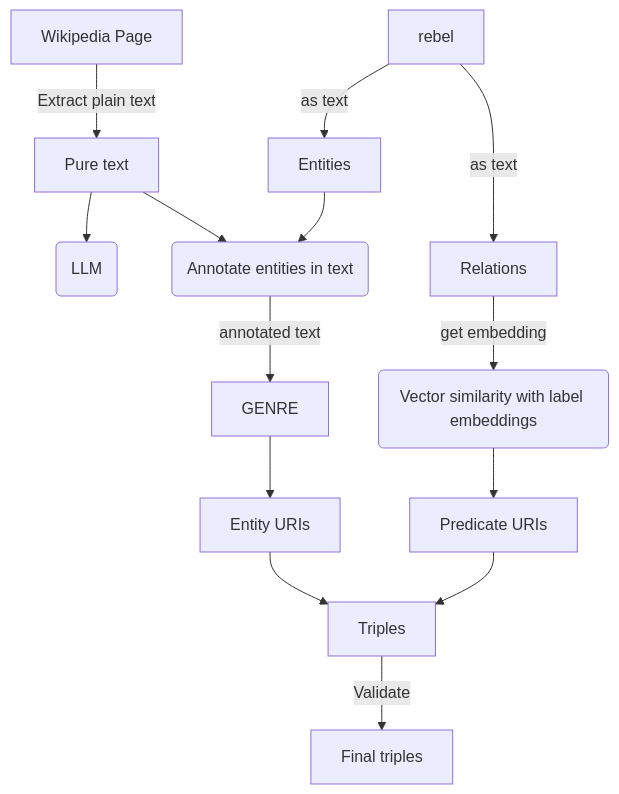
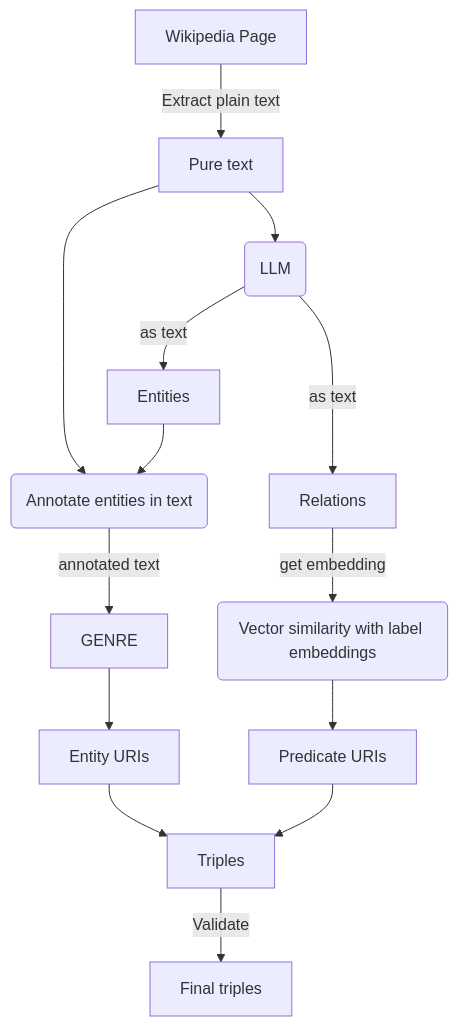
Before and after one commit to smilingprogrammer/GSoC-2024-blog: the diagram in index.md, drawn with Mermaid.

````diff
--- a/index.md
+++ b/index.md
@@ -30,25 +30,25 @@
 ```mermaid
 graph TD
     wiki_page[Wikipedia Page] --Extract plain text--> pure_text[Pure text]
 
     pure_text-->llm(LLM)
-    rebel--as text-->entities[Entities]
-    rebel--as text-->relations[Relations]
+    llm--as text-->entities[Entities]
+    llm--as text-->relations[Relations]
     
     relations--get embedding-->vector_similarity(Vector similarity with label embeddings);
     vector_similarity-->predicate_uris[Predicate URIs]
 
     pure_text-->annotation_for_genre(Annotate entities in text)
 
     entities-->annotation_for_genre
 
     annotation_for_genre--annotated text-->genre[GENRE]
 
     genre-->entity_uris[Entity URIs]
     
     entity_uris-->triples[Triples]
     predicate_uris-->triples[Triples]
     triples--Validate-->final_triples[Final triples]
 
     ;
 ```
````
